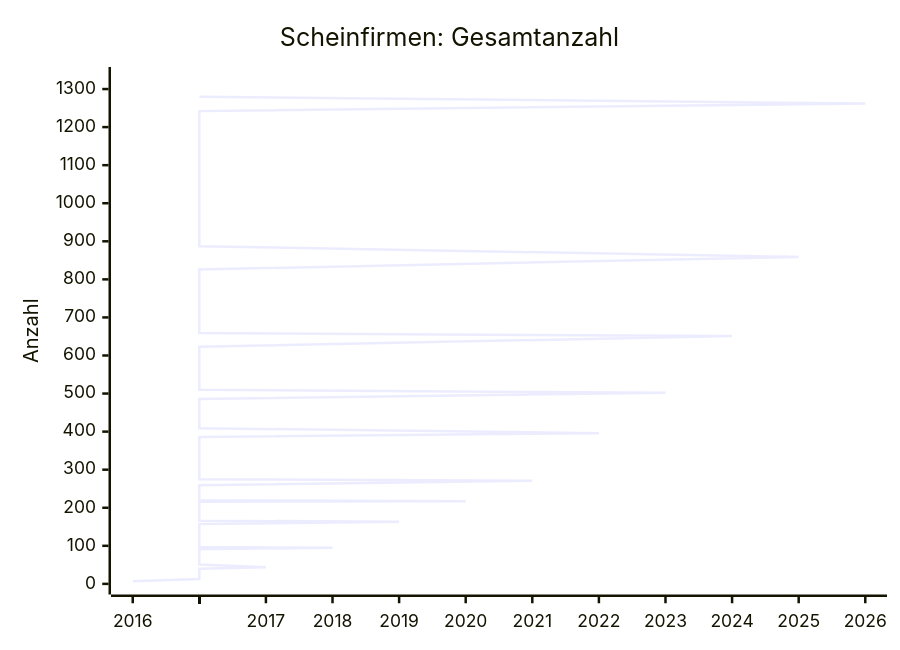
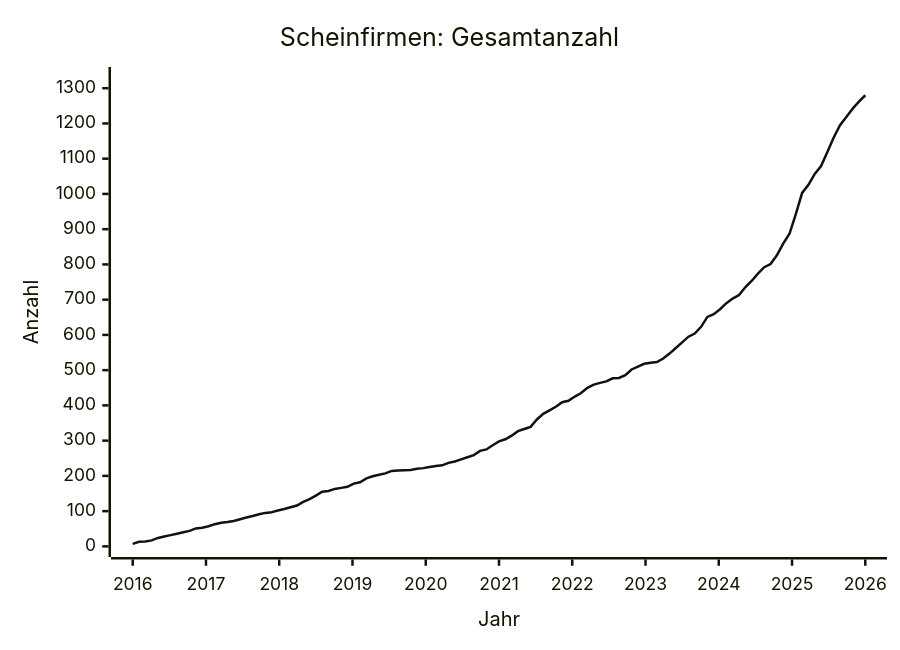
One commit to arjoma/scheinfirmen-at changed the diagram in data/STATS.md. Above: the diagram before and after it, drawn with Mermaid. The commit also changed 2 other files, not shown here.

Commit message:
fix: replace categorical Mermaid x-axis with numeric year range
The previous approach used a list of 117 categorical labels (year at
start of each year, " " for all other months), which caused GitHub's
Mermaid renderer to produce zigzag artefacts instead of a smooth line.

Switch to `x-axis "Jahr" YYYY --> YYYY` (numeric range) so all data
points are evenly distributed without triggering the category-list
rendering bug. Also darken the line color to #111111 via themeVariables.

Update test_chart_year_labels to assert the new format and update
data/STATS.md to match.

https://claude.ai/code/session_01MzZYyMrKCpKsDdBy4KTNkA

````diff
--- a/data/STATS.md
+++ b/data/STATS.md
@@ -7,7 +7,13 @@
 ```mermaid
+---
+config:
+  themeVariables:
+    xyChart:
+      plotColorPalette: "#111111"
+---
 xychart-beta
     title "Scheinfirmen: Gesamtanzahl"
-    x-axis ["2016", " ", " ", " ", " ", " ", " ", " ", " ", "2017", " ", " ", " ", " ", " ", " ", " ", " ", " ", " ", " ", "2018", " ", " ", " ", " ", " ", " ", " ", " ", " ", " ", "2019", " ", " ", " ", " ", " ", " ", " ", " ", " ", " ", " ", "2020", " ", " ", " ", " ", " ", " ", " ", " ", " ", " ", "2021", " ", " ", " ", " ", " ", " ", " ", " ", " ", " ", " ", "2022", " ", " ", " ", " ", " ", " ", " ", " ", " ", " ", " ", "2023", " ", " ", " ", " ", " ", " ", " ", " ", " ", " ", " ", "2024", " ", " ", " ", " ", " ", " ", " ", " ", " ", " ", " ", "2025", " ", " ", " ", " ", " ", " ", " ", " ", " ", " ", " ", "2026", " "]
+    x-axis "Jahr" 2016 --> 2026
     y-axis "Anzahl" 0 --> 1330
     line [7, 13, 14, 17, 24, 28, 32, 36, 40, 44, 51, 53, 57, 63, 67, 69, 72, 77, 82, 86, 91, 95, 97, 102, 106, 111, 116, 126, 134, 144, 155, 157, 163, 166, 169, 178, 182, 193, 199, 203, 207, 214, 215, 216, 217, 220, 222, 225, 228, 230, 237, 241, 247, 253, 259, 271, 275, 287, 298, 304, 314, 327, 333, 339, 360, 376, 386, 396, 409, 413, 425, 435, 450, 459, 464, 468, 477, 478, 486, 502, 510, 518, 521, 523, 533, 547, 563, 579, 595, 604, 623, 651, 659, 673, 690, 703, 713, 735, 753, 774, 792, 801, 826, 859, 887, 943, 1003, 1026, 1057, 1079, 1119, 1160, 1195, 1218, 1242, 1262, 1280]
 ```
````
